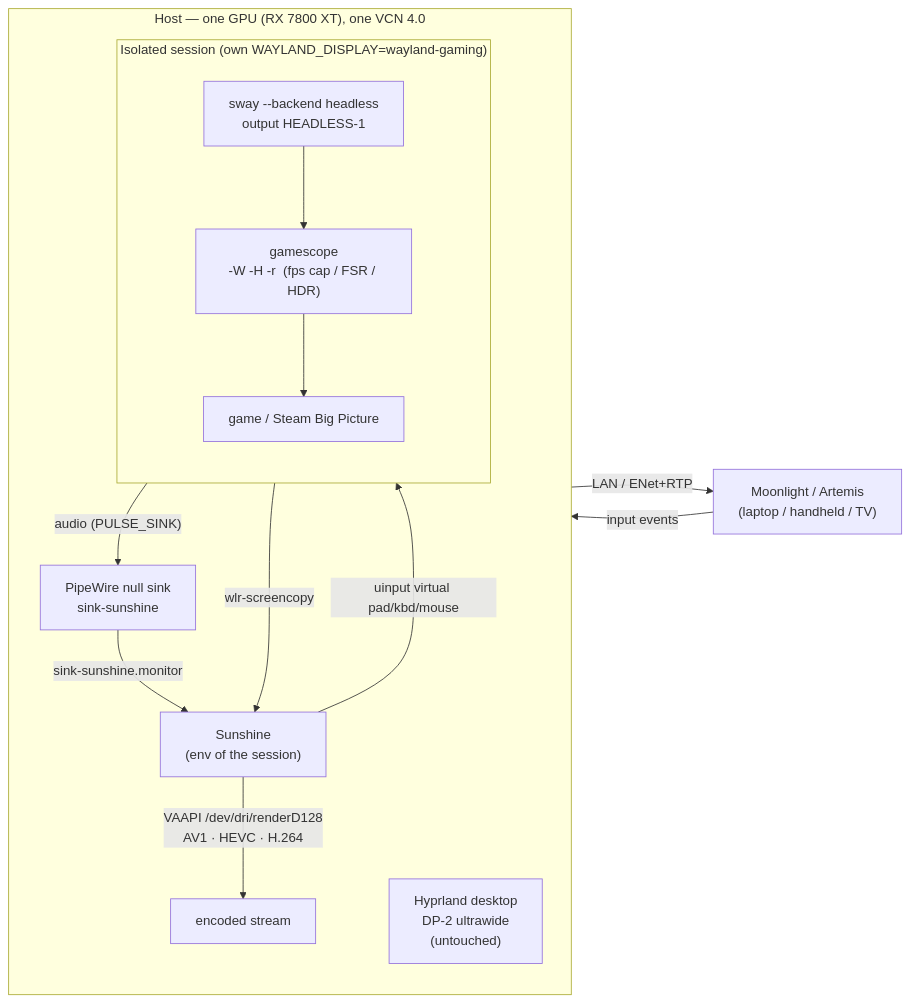
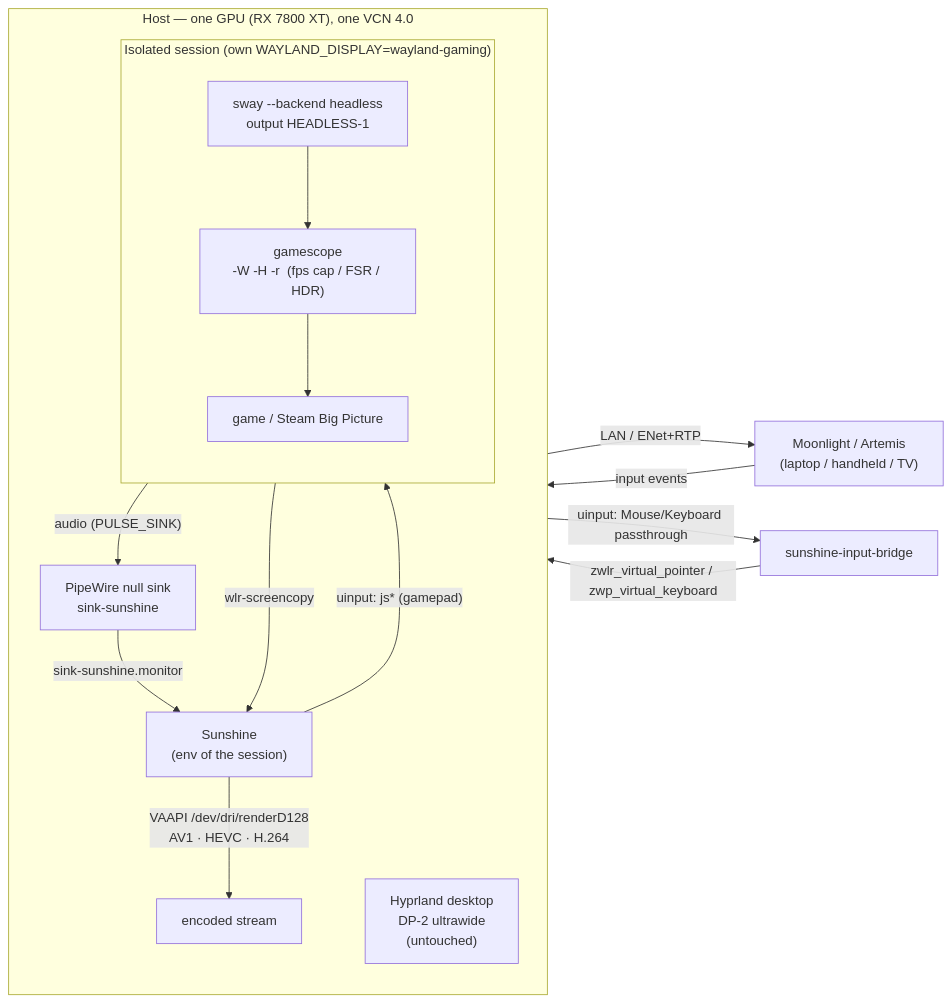
The first of 2 diagrams in docs/architecture.md (FabianZettl/yutsubasa), drawn with Mermaid before and after one commit. The commit also changed other lines of this file and 14 other files, not shown here.

````diff
--- a/docs/architecture.md
+++ b/docs/architecture.md
@@ -5,23 +5,25 @@
 ```mermaid
 flowchart LR
     subgraph HOST["Host — one GPU (RX 7800 XT), one VCN 4.0"]
         direction TB
         H["Hyprland desktop\nDP-2 ultrawide\n(untouched)"]
         subgraph SESS["Isolated session (own WAYLAND_DISPLAY=wayland-gaming)"]
             direction TB
             SW["sway --backend headless\noutput HEADLESS-1"]
             GS["gamescope\n-W -H -r  (fps cap / FSR / HDR)"]
             GAME["game / Steam Big Picture"]
             SW --> GS --> GAME
         end
         NS["PipeWire null sink\nsink-sunshine"]
         SUN["Sunshine\n(env of the session)"]
         SW -- "wlr-screencopy" --> SUN
         GAME -- "audio (PULSE_SINK)" --> NS
         NS -- "sink-sunshine.monitor" --> SUN
         SUN -- "VAAPI /dev/dri/renderD128\nAV1 · HEVC · H.264" --> ENC["encoded stream"]
     end
     ENC -- "LAN / ENet+RTP" --> CL["Moonlight / Artemis\n(laptop / handheld / TV)"]
     CL -- "input events" --> SUN
-    SUN -- "uinput virtual pad/kbd/mouse" --> GAME
+    SUN -- "uinput: js* (gamepad)" --> GAME
+    SUN -- "uinput: Mouse/Keyboard passthrough" --> BR["sunshine-input-bridge"]
+    BR -- "zwlr_virtual_pointer / zwp_virtual_keyboard" --> SW
 ```
````
